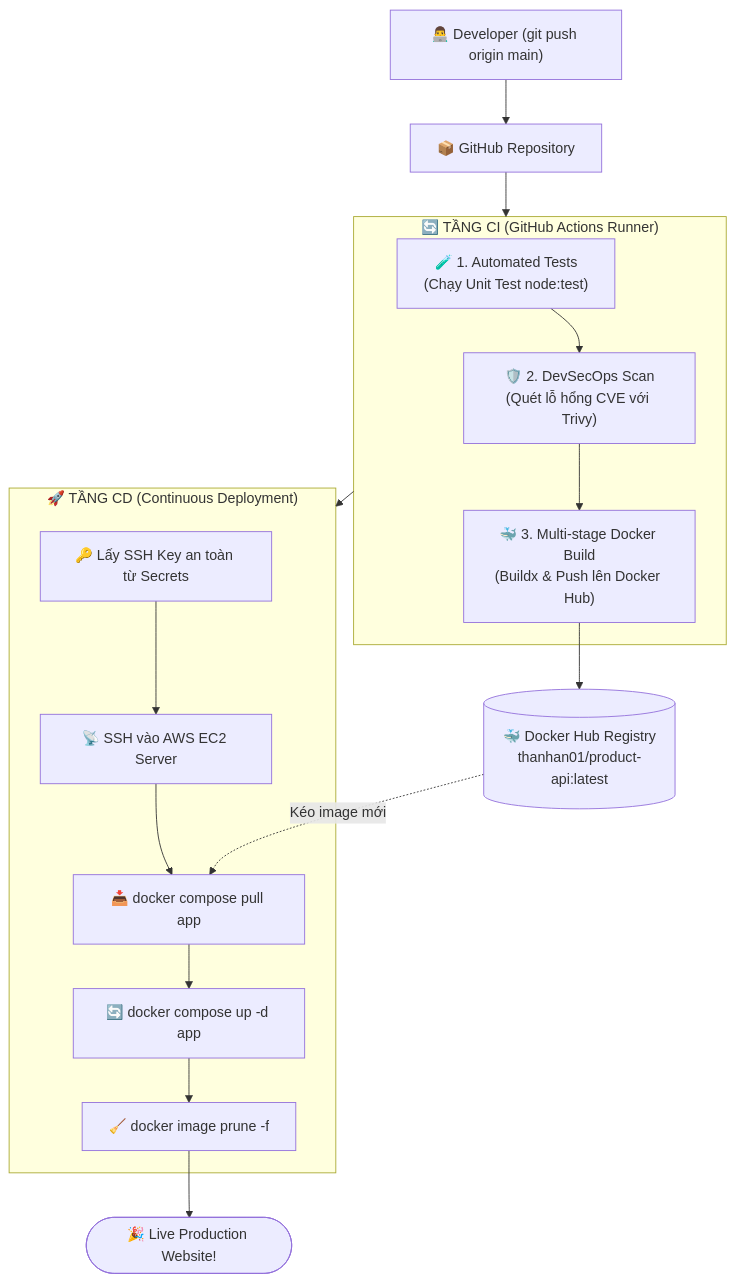
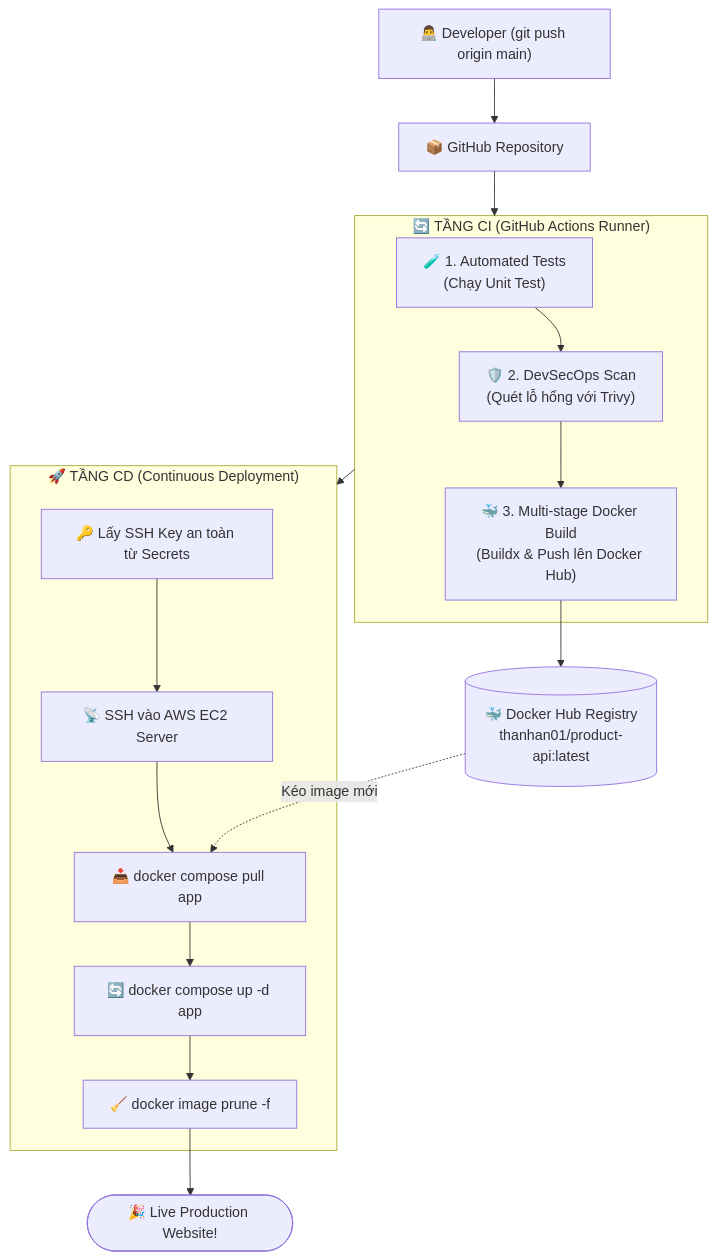
One commit to TAn031104/product changed the second of 2 diagrams in README.md. Above: the diagram before and after it, drawn with Mermaid. The commit also changed other lines of this file, not shown here.

Commit message:
docs: revamp README with complete DevOps CI/CD architecture and badges

````diff
--- a/README.md
+++ b/README.md
@@ -39,27 +39,27 @@
 ```mermaid
 flowchart TD
     Dev["👨‍💻 Developer (git push origin main)"] --> Repo["📦 GitHub Repository"]
 
     subgraph CI["🔄 TẦNG CI (GitHub Actions Runner)"]
-        T1["🧪 1. Automated Tests<br/>(Chạy Unit Test node:test)"]
-        T2["🛡️ 2. DevSecOps Scan<br/>(Quét lỗ hổng CVE với Trivy)"]
+        T1["🧪 1. Automated Tests<br/>(Chạy Unit Test)"]
+        T2["🛡️ 2. DevSecOps Scan<br/>(Quét lỗ hổng với Trivy)"]
         T3["🐳 3. Multi-stage Docker Build<br/>(Buildx & Push lên Docker Hub)"]
         T1 --> T2 --> T3
     end
 
     Repo --> CI
     T3 --> Registry[("🐳 Docker Hub Registry<br/>thanhan01/product-api:latest")]
 
     subgraph CD["🚀 TẦNG CD (Continuous Deployment)"]
         D1["🔑 Lấy SSH Key an toàn từ Secrets"]
         D2["📡 SSH vào AWS EC2 Server"]
         D3["📥 docker compose pull app"]
         D4["🔄 docker compose up -d app"]
         D5["🧹 docker image prune -f"]
         D1 --> D2 --> D3 --> D4 --> D5
     end
 
     CI --> CD
     Registry -.->|"Kéo image mới"| D3
     D5 --> Live(["🎉 Live Production Website!"])
 ```
````
